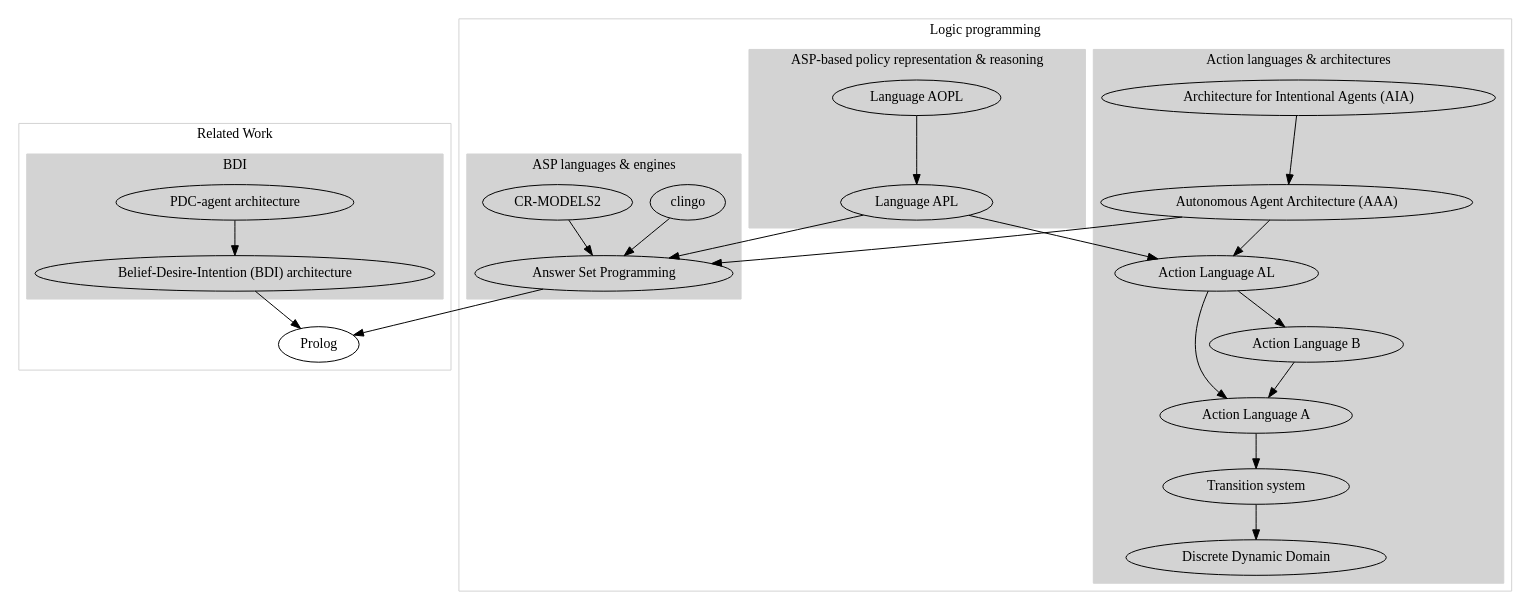
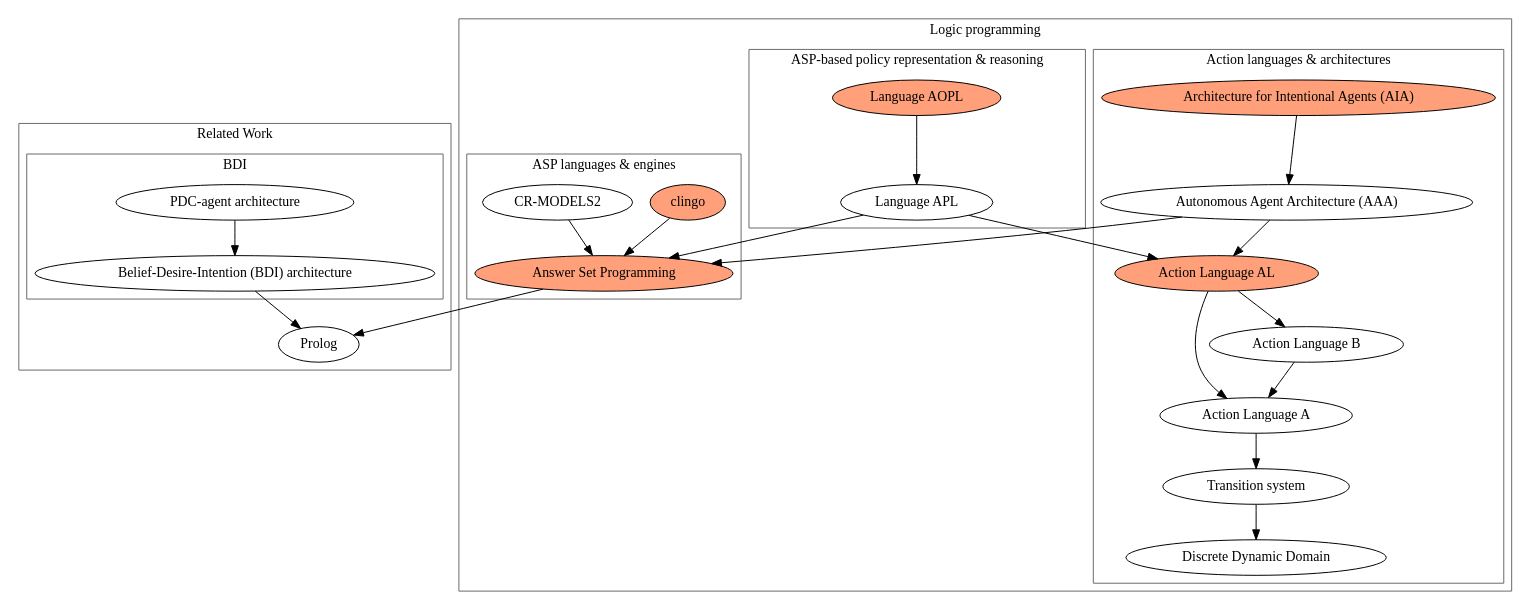
The diagram in Figures/Concept_Map.dot (Entze/APIA), drawn with Graphviz before and after one commit.

Commit message:
Update color in Concept Map

```diff
--- a/Figures/Concept_Map.dot
+++ b/Figures/Concept_Map.dot
@@ -1,83 +1,83 @@
 digraph concept_map {
     subgraph cluster_logic_programming {
         label = "Logic programming";
         style = solid;
-        color = lightgray;
+        color = dimgray;
 
         subgraph cluster_asp_engines {
             label = "ASP languages & engines";
-            style = filled;
-            color = lightgray;
+            style = solid;
+            color = dimgray;
 
-            clingo [label = "clingo"];
-            asp [label = "Answer Set Programming"];
+            clingo [label = "clingo" style = filled fillcolor = lightsalmon];
+            asp [label = "Answer Set Programming" style = filled fillcolor = lightsalmon];
             // cr_prolog [label = "CR-Prolog language"];
             cr_models [label = "CR-MODELS2"];
             // asp_core_2 [label = "ASP-Core-2"];
         }
 
         subgraph cluster_agents {
             label = "Action languages & architectures";
-            style = filled;
-            color = lightgray;
+            style = solid;
+            color = dimgray;
 
             discrete_dynamic_domain [label = "Discrete Dynamic Domain"];
             transition_system [label = "Transition system"];
             action_language_a [label = "Action Language A"];
             action_language_b [label = "Action Language B"];
-            action_language_al [label = "Action Language AL"];
+            action_language_al [label = "Action Language AL" style = filled fillcolor = lightsalmon];
             aaa_architecture [label = "Autonomous Agent Architecture (AAA)"];
-            aia_architecture [label = "Architecture for Intentional Agents (AIA)"];
+            aia_architecture [label = "Architecture for Intentional Agents (AIA)" style = filled fillcolor = lightsalmon];
         }
 
         subgraph cluster_policies {
             label = "ASP-based policy representation & reasoning";
-            style = filled;
-            color = lightgray;
+            style = solid;
+            color = dimgray;
 
             language_apl [label = "Language APL"];
-            language_aopl [label = "Language AOPL"];
+            language_aopl [label = "Language AOPL" style = filled fillcolor = lightsalmon];
         }
     }
 
     subgraph cluster_related_work {
         label = "Related Work";
         style = solid;
-        color = lightgray;
+        color = dimgray;
 
         subgraph cluster_bdi_agents {
             label = "BDI";
-            style = filled;
-            color = lightgray;
+            style = solid;
+            color = dimgray;
 
             bdi [label = "Belief-Desire-Intention (BDI) architecture"];
             pdc_agent [label = "PDC-agent architecture"];
         }
         prolog [label = "Prolog"];
     }
 
     transition_system -> discrete_dynamic_domain;
     action_language_a -> transition_system;
     action_language_b -> action_language_a;
     action_language_al -> action_language_a;
     action_language_al -> action_language_b;
 
     aaa_architecture -> action_language_al;
     aaa_architecture -> asp;
     aia_architecture -> aaa_architecture;
 
     language_apl -> action_language_al;
     language_apl -> asp;
 
     language_aopl -> language_apl;
 
     bdi -> prolog;
 
     pdc_agent -> bdi;
 
     cr_models -> asp;
 
     asp -> prolog;
 
     clingo -> asp;
 }
```
